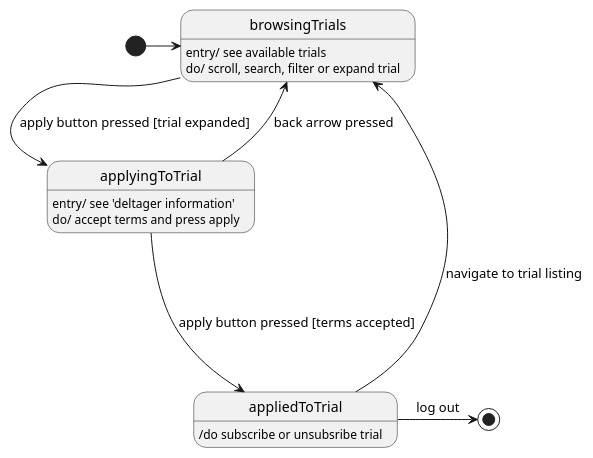
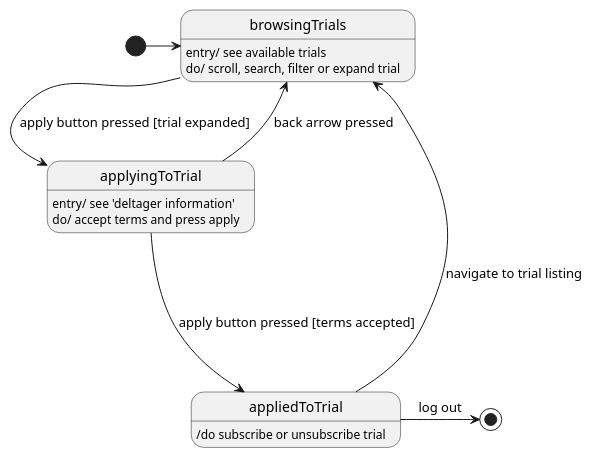
Before and after one commit to MarkBidstrup/PB1: the diagram in PB1ProbeApplication/UML/TrialParticipantStateMachine.puml, drawn with PlantUML.

Commit message:
created trial participant state machine

```diff
--- a/PB1ProbeApplication/UML/TrialParticipantStateMachine.puml
+++ b/PB1ProbeApplication/UML/TrialParticipantStateMachine.puml
@@ -1,17 +1,17 @@
 @startuml
 'https://plantuml.com/state-diagram
 
 [*] -> browsingTrials
 browsingTrials --> applyingToTrial : apply button pressed [trial expanded]
 applyingToTrial --> appliedToTrial : apply button pressed [terms accepted]
 applyingToTrial -> browsingTrials : back arrow pressed
 appliedToTrial ----> browsingTrials : navigate to trial listing
 appliedToTrial -> [*] : log out
 
 state browsingTrials : entry/ see available trials\ndo/ scroll, search, filter or expand trial
 
 state applyingToTrial : entry/ see 'deltager information'\ndo/ accept terms and press apply
 
-state appliedToTrial : /do subscribe or unsubsribe trial
+state appliedToTrial : /do subscribe or unsubscribe trial
 
 @enduml
```
